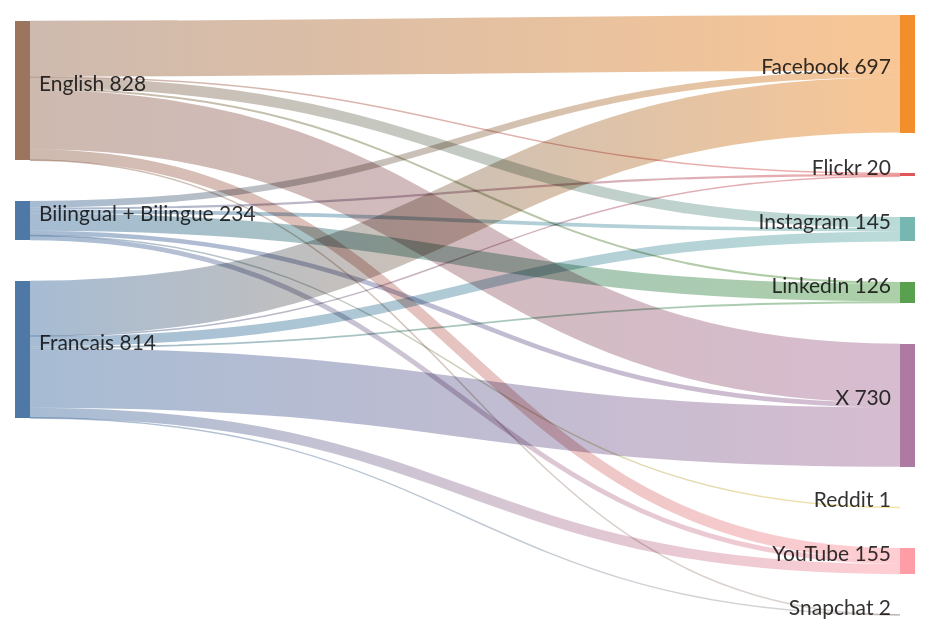
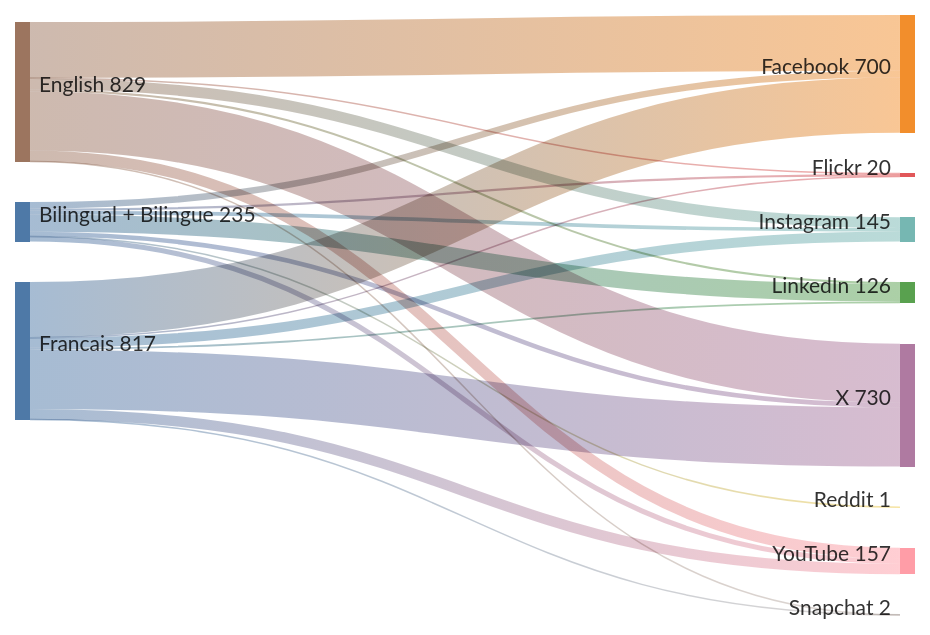
One commit to PatLittle/GC-Socials changed the diagram in sankey_diagram.md. Above: the diagram before and after it, drawn with Mermaid.

Commit message:
Update Sankey diagram for the most recent day

````diff
--- a/sankey_diagram.md
+++ b/sankey_diagram.md
@@ -1,24 +1,24 @@
 ```mermaid
 sankey-beta
   Bilingual + Bilingue,Facebook,39
   Bilingual + Bilingue,Flickr,13
   Bilingual + Bilingue,Instagram,22
   Bilingual + Bilingue,LinkedIn,103
   Bilingual + Bilingue,Reddit,1
   Bilingual + Bilingue,X,27
-  Bilingual + Bilingue,YouTube,29
-  English,Facebook,331
+  Bilingual + Bilingue,YouTube,30
+  English,Facebook,332
   English,Flickr,4
   English,Instagram,64
   English,LinkedIn,12
   English,Snapchat,1
   English,X,351
   English,YouTube,65
-  Francais,Facebook,327
+  Francais,Facebook,329
   Francais,Flickr,3
   Francais,Instagram,59
   Francais,LinkedIn,11
   Francais,Snapchat,1
   Francais,X,352
-  Francais,YouTube,61
+  Francais,YouTube,62
 ```
````
